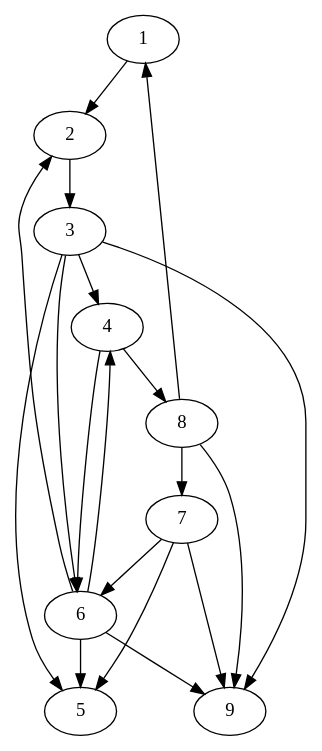
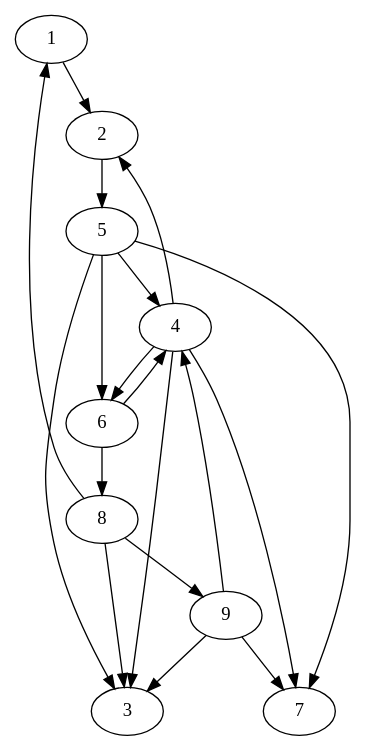
The diagram in expected/codewords.dot (lifelike/gamebookformat), drawn with Graphviz before and after one commit. The commit also changed 36 other files, not shown here.

```diff
--- a/expected/codewords.dot
+++ b/expected/codewords.dot
@@ -1,32 +1,32 @@
 digraph gamebook {
 
  1->2
-2->3
-3->4
+2->5
+4->2
 
-3->9
-
-3->5
-
-3->6
-4->8
+4->3
 
 4->6
+
+4->7
+5->7
+
+5->4
+
+5->6
+
+5->3
 6->4
 
-6->5
-
-6->2
-
-6->9
-7->5
-
-7->6
-
-7->9
+6->8
 8->9
 
-8->7
+8->1
 
-8->1
+8->3
+9->3
+
+9->7
+
+9->4
 }
```
